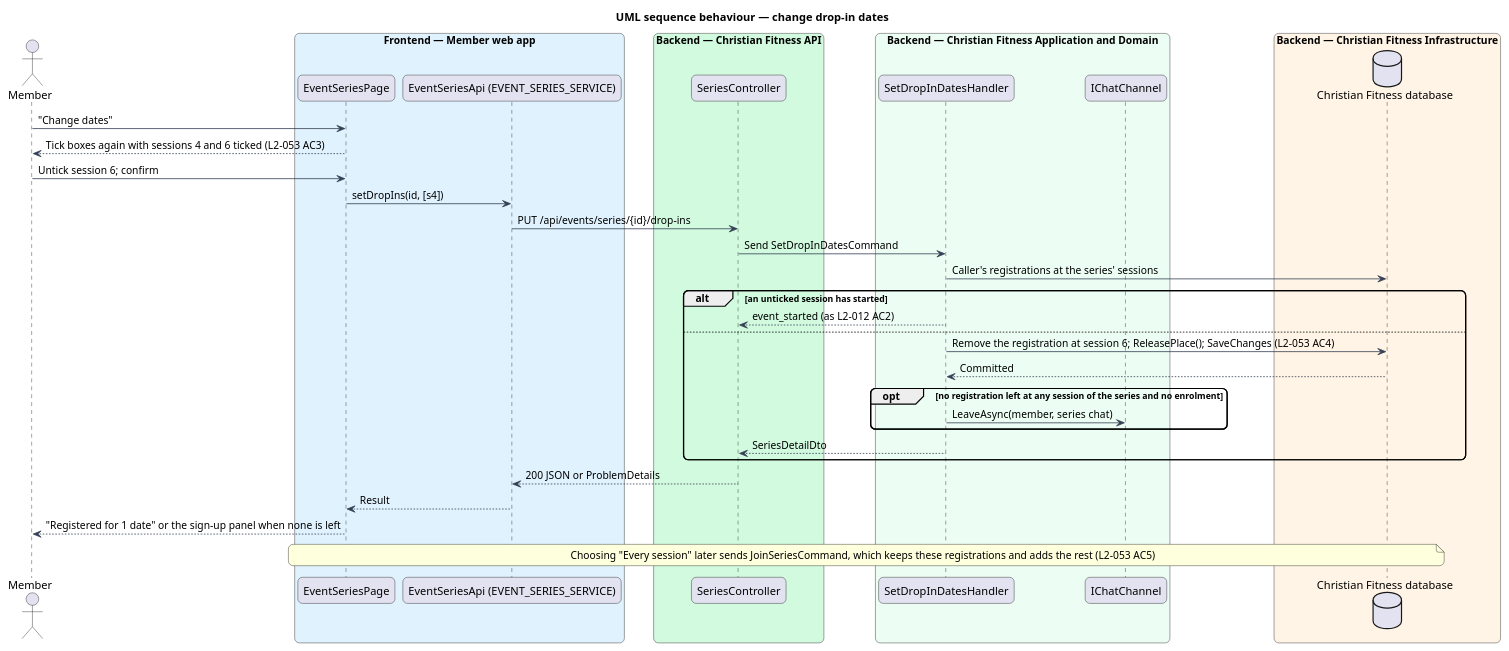
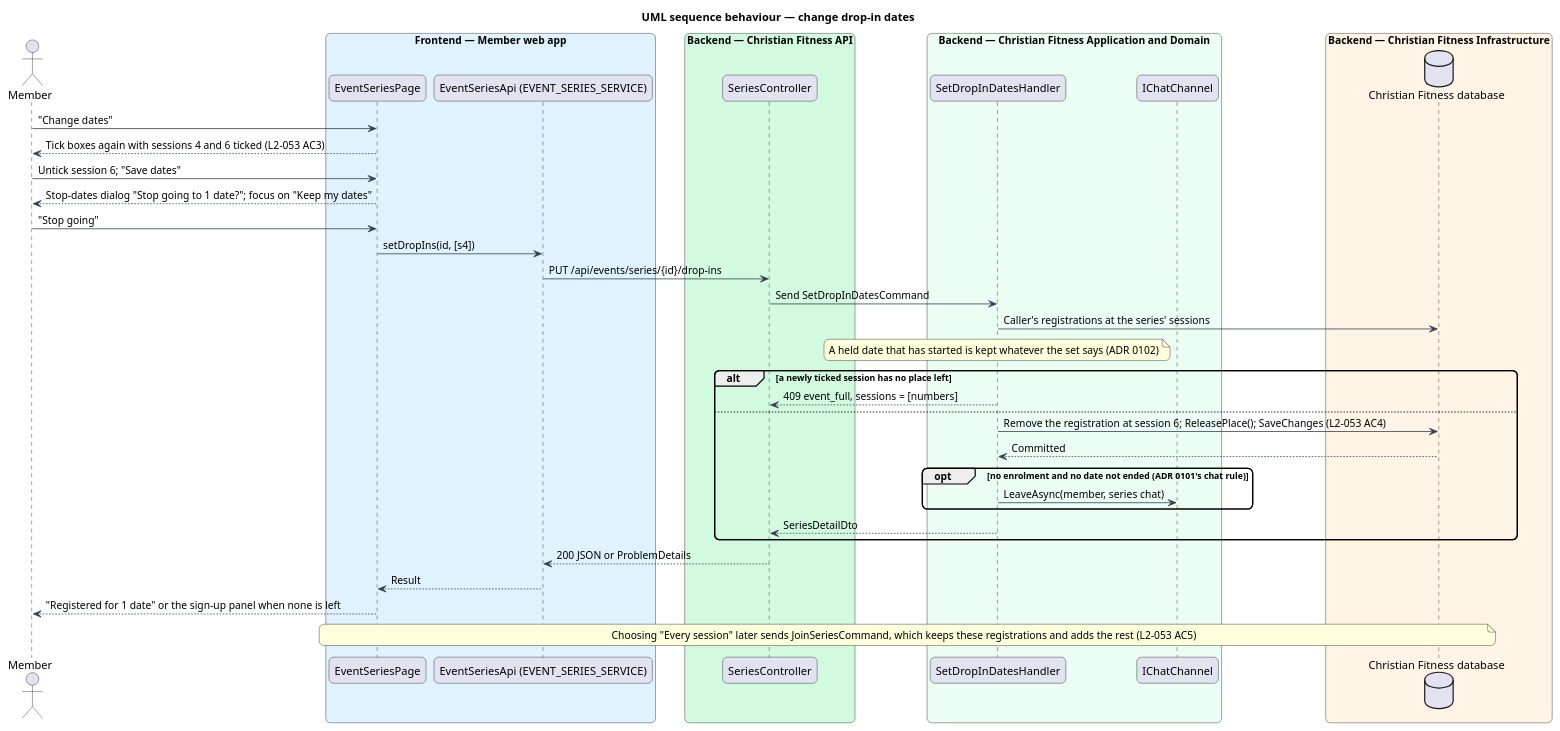
Before and after one commit to QuinntyneBrown/christian-fitness: the diagram in docs/detailed-designs/events/drop-in-on-series-dates/diagrams/sequence-change-dates.puml, drawn with PlantUML. The commit also changed 36 other files, not shown here.

First line of the commit message:
Journey 13: ADR 0102, the drop-in design amended, and the mock states for registering, changing dates, Full and a joined member's dates

```diff
--- a/docs/detailed-designs/events/drop-in-on-series-dates/diagrams/sequence-change-dates.puml
+++ b/docs/detailed-designs/events/drop-in-on-series-dates/diagrams/sequence-change-dates.puml
@@ -1,44 +1,47 @@
 @startuml
 title UML sequence behaviour — change drop-in dates
 skinparam backgroundColor #FFFFFF
 skinparam shadowing false
 skinparam roundcorner 12
 skinparam defaultFontName Arial
 skinparam ArrowColor #344054
 actor "Member" as actor
 box "Frontend — Member web app" #E0F2FE
   participant "EventSeriesPage" as page
   participant "EventSeriesApi (EVENT_SERIES_SERVICE)" as client
 end box
 box "Backend — Christian Fitness API" #D1FADF
   participant "SeriesController" as ctrl
 end box
 box "Backend — Christian Fitness Application and Domain" #ECFDF3
   participant "SetDropInDatesHandler" as h
   participant "IChatChannel" as chat
 end box
 box "Backend — Christian Fitness Infrastructure" #FFF4E5
   database "Christian Fitness database" as db
 end box
 actor -> page : "Change dates"
 page --> actor : Tick boxes again with sessions 4 and 6 ticked (L2-053 AC3)
-actor -> page : Untick session 6; confirm
+actor -> page : Untick session 6; "Save dates"
+page --> actor : Stop-dates dialog "Stop going to 1 date?"; focus on "Keep my dates"
+actor -> page : "Stop going"
 page -> client : setDropIns(id, [s4])
 client -> ctrl : PUT /api/events/series/{id}/drop-ins
 ctrl -> h : Send SetDropInDatesCommand
 h -> db : Caller's registrations at the series' sessions
-alt an unticked session has started
-  h --> ctrl : event_started (as L2-012 AC2)
+note over h : A held date that has started is kept whatever the set says (ADR 0102)
+alt a newly ticked session has no place left
+  h --> ctrl : 409 event_full, sessions = [numbers]
 else
   h -> db : Remove the registration at session 6; ReleasePlace(); SaveChanges (L2-053 AC4)
   db --> h : Committed
-  opt no registration left at any session of the series and no enrolment
+  opt no enrolment and no date not ended (ADR 0101's chat rule)
     h -> chat : LeaveAsync(member, series chat)
   end
   h --> ctrl : SeriesDetailDto
 end
 ctrl --> client : 200 JSON or ProblemDetails
 client --> page : Result
 page --> actor : "Registered for 1 date" or the sign-up panel when none is left
 note over page, db : Choosing "Every session" later sends JoinSeriesCommand, which keeps these registrations and adds the rest (L2-053 AC5)
 @enduml
```
